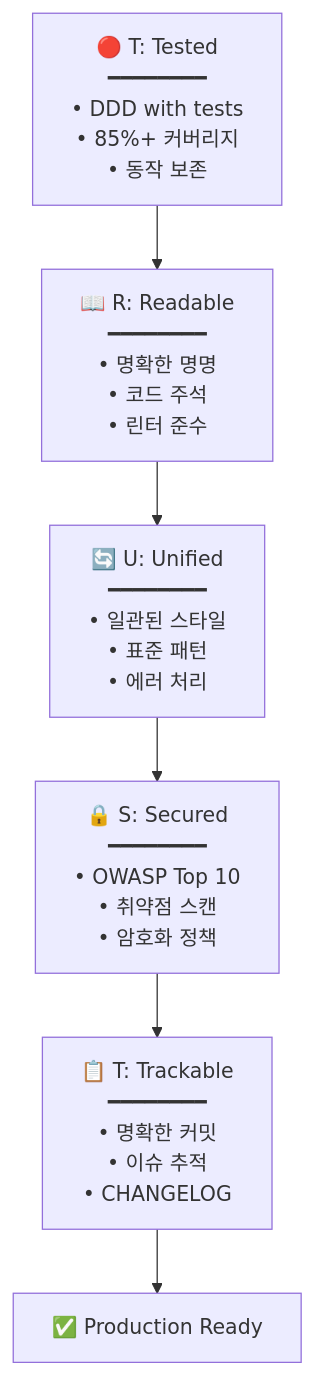
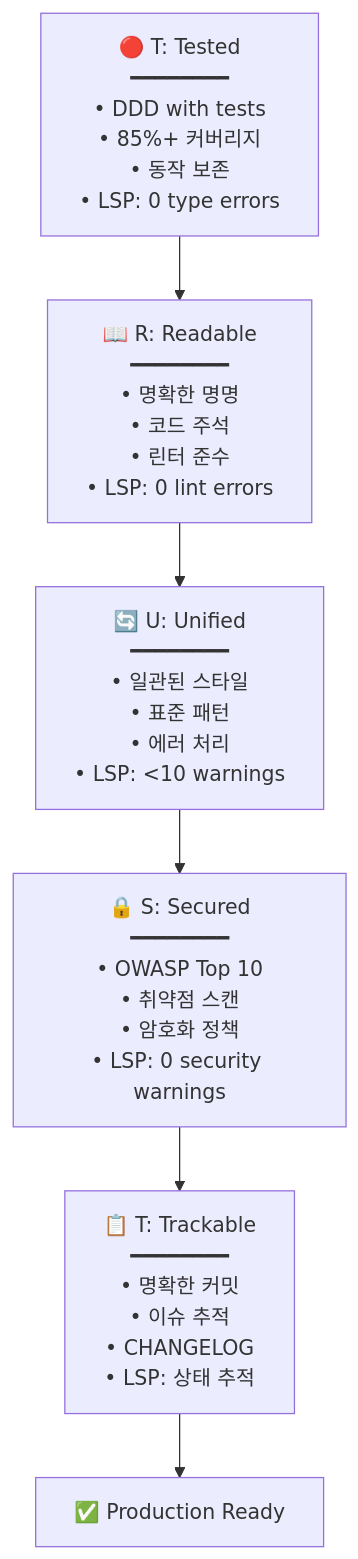
One commit to modu-ai/moai-adk changed the ninth of 9 diagrams in README.ko.md. Above: the diagram before and after it, drawn with Mermaid. The commit also changed other lines of this file and 14 other files, not shown here.

````diff
--- a/README.ko.md
+++ b/README.ko.md
@@ -1289,10 +1433,10 @@
 ```mermaid
 graph TD
-    T1["🔴 T: Tested<br/>━━━━━━━━<br/>• DDD with tests<br/>• 85%+ 커버리지<br/>• 동작 보존"]
-    R["📖 R: Readable<br/>━━━━━━━━<br/>• 명확한 명명<br/>• 코드 주석<br/>• 린터 준수"]
-    U["🔄 U: Unified<br/>━━━━━━━━<br/>• 일관된 스타일<br/>• 표준 패턴<br/>• 에러 처리"]
-    S["🔒 S: Secured<br/>━━━━━━━━<br/>• OWASP Top 10<br/>• 취약점 스캔<br/>• 암호화 정책"]
-    T2["📋 T: Trackable<br/>━━━━━━━━<br/>• 명확한 커밋<br/>• 이슈 추적<br/>• CHANGELOG"]
+    T1["🔴 T: Tested<br/>━━━━━━━━<br/>• DDD with tests<br/>• 85%+ 커버리지<br/>• 동작 보존<br/>• LSP: 0 type errors"]
+    R["📖 R: Readable<br/>━━━━━━━━<br/>• 명확한 명명<br/>• 코드 주석<br/>• 린터 준수<br/>• LSP: 0 lint errors"]
+    U["🔄 U: Unified<br/>━━━━━━━━<br/>• 일관된 스타일<br/>• 표준 패턴<br/>• 에러 처리<br/>• LSP: <10 warnings"]
+    S["🔒 S: Secured<br/>━━━━━━━━<br/>• OWASP Top 10<br/>• 취약점 스캔<br/>• 암호화 정책<br/>• LSP: 0 security warnings"]
+    T2["📋 T: Trackable<br/>━━━━━━━━<br/>• 명확한 커밋<br/>• 이슈 추적<br/>• CHANGELOG<br/>• LSP: 상태 추적"]
 
     T1 --> R --> U --> S --> T2 --> Deploy["✅ Production Ready"]
 ```
````
